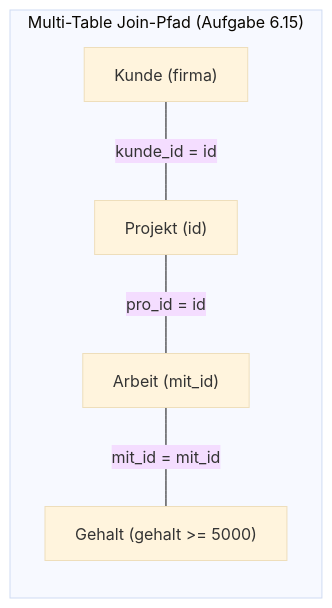
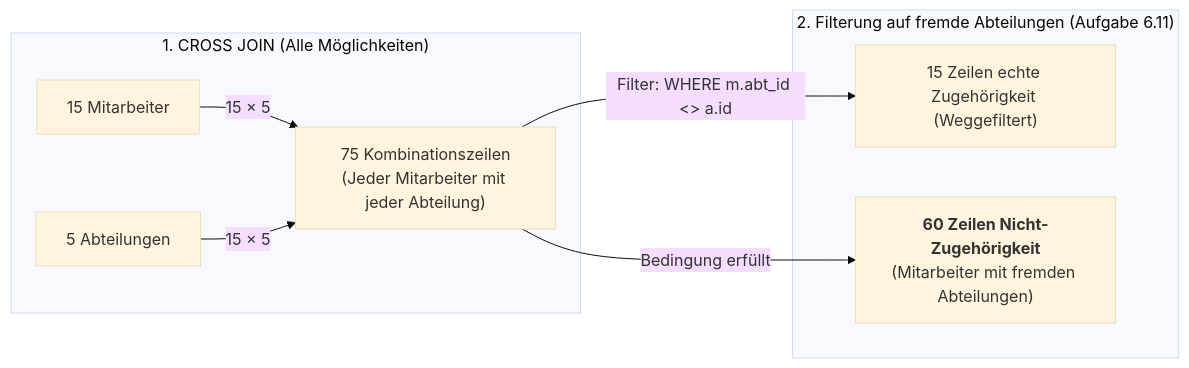
Before and after one commit to T-Boyke/SQL-Fundamentals: the second of 3 diagrams in Day_16/readme.md, drawn with Mermaid (base theme). The commit also changed other lines of this file, not shown here.

Commit message:
docs(day16): enhance mermaid diagrams, relational navigation map and beginner-friendly explanations

````diff
--- a/Day_16/readme.md
+++ b/Day_16/readme.md
@@ -24,8 +69,12 @@
 ```mermaid
 flowchart LR
-    subgraph MultiJoin["Multi-Table Join-Pfad (Aufgabe 6.15)"]
-        K["Kunde (firma)"] ---|"kunde_id = id"| P["Projekt (id)"]
-        P ---|"pro_id = id"| ARB["Arbeit (mit_id)"]
-        ARB ---|"mit_id = mit_id"| G["Gehalt (gehalt >= 5000)"]
+    subgraph Multiplikation["1. CROSS JOIN (Alle Möglichkeiten)"]
+        M15["15 Mitarbeiter"] -->|"15 × 5"| RES75["75 Kombinationszeilen<br/>(Jeder Mitarbeiter mit jeder Abteilung)"]
+        A5["5 Abteilungen"] -->|"15 × 5"| RES75
+    end
+
+    subgraph Filterung["2. Filterung auf fremde Abteilungen (Aufgabe 6.11)"]
+        RES75 -->|"Filter: WHERE m.abt_id <> a.id"| MATCH15["15 Zeilen echte Zugehörigkeit (Weggefiltert)"]
+        RES75 -->|"Bedingung erfüllt"| NONMATCH60["<b>60 Zeilen Nicht-Zugehörigkeit</b><br/>(Mitarbeiter mit fremden Abteilungen)"]
     end
 ```
````
